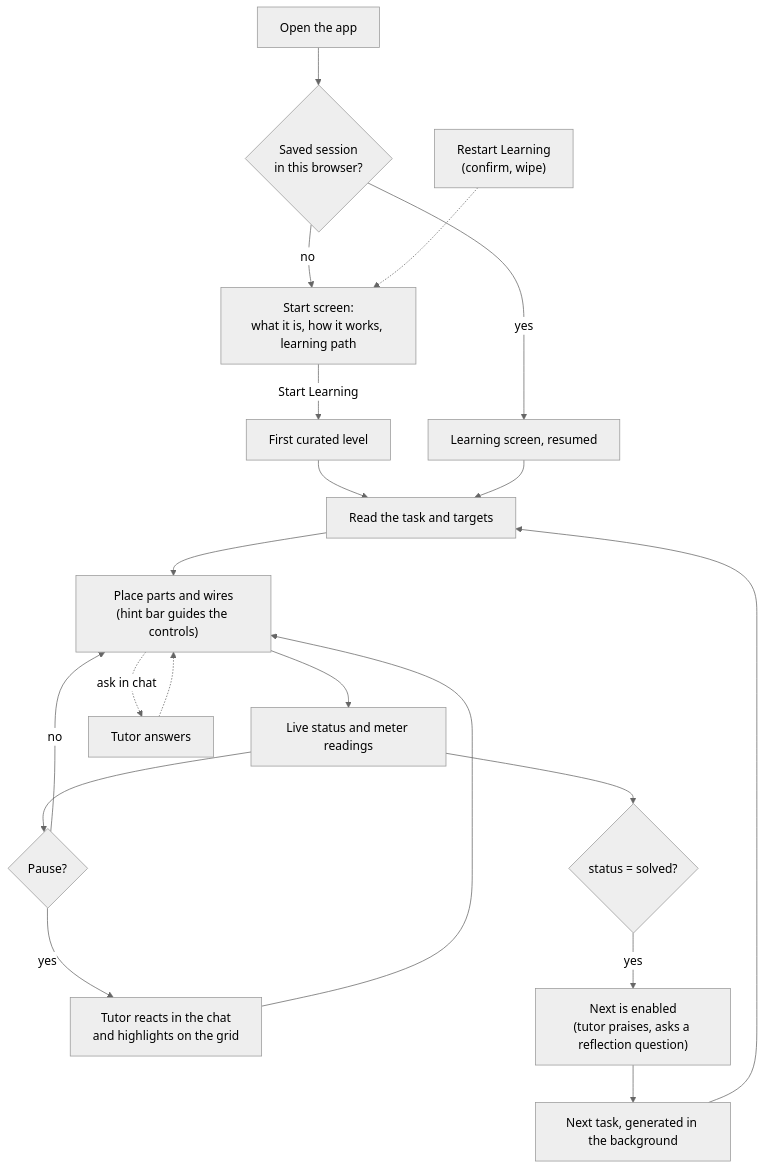
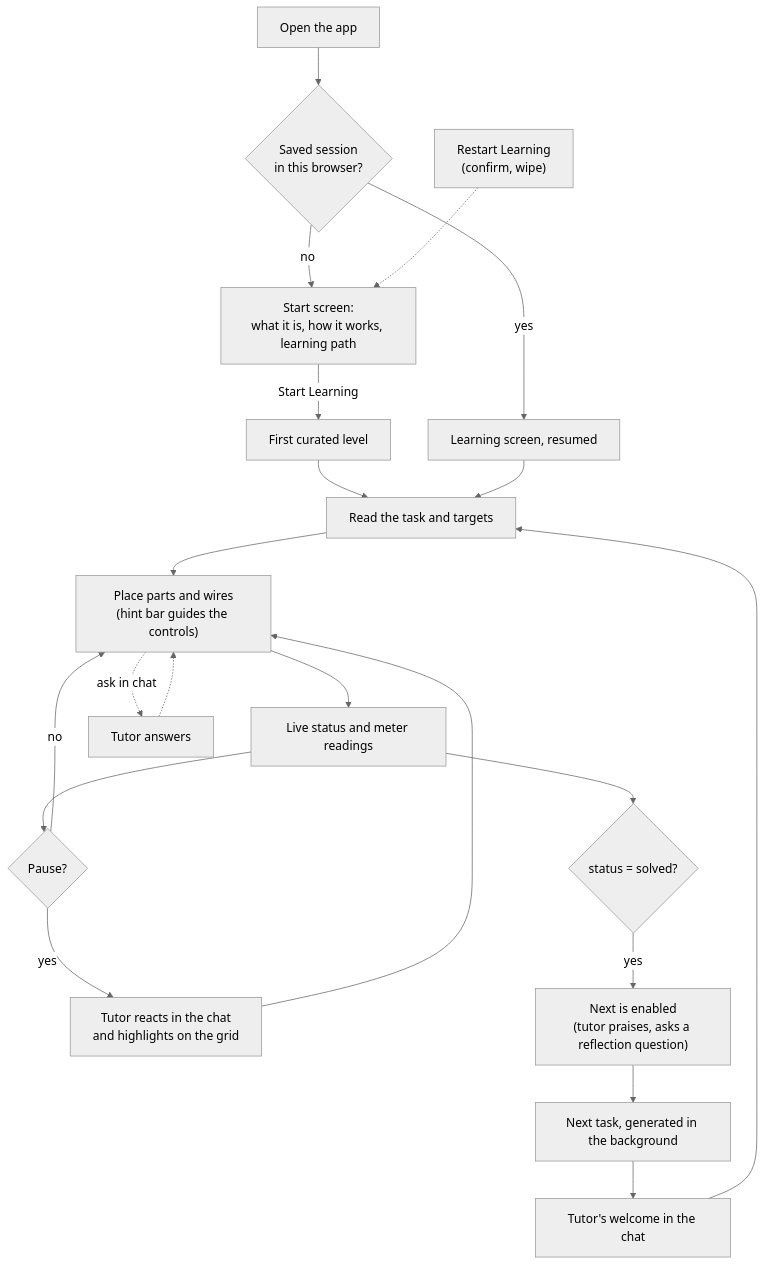
Before and after one commit to VOxFF/schematics-ai-tutor: the diagram in docs/gui.md, drawn with Mermaid (neutral theme). The commit also changed other lines of this file and 16 other files, not shown here.

````diff
--- a/docs/gui.md
+++ b/docs/gui.md
@@ -220,22 +220,23 @@
 ```mermaid
 flowchart TD
     O[Open the app] --> P{"Saved session<br/>in this browser?"}
     P -- no --> SS["Start screen:<br/>what it is, how it works, learning path"]
     SS -- "Start Learning" --> L1[First curated level]
     P -- yes --> R["Learning screen, resumed"]
     L1 --> B
     R --> B
     B["Read the task and targets"] --> E["Place parts and wires<br/>(hint bar guides the controls)"]
     E --> LV["Live status and meter readings"]
     LV --> PA{"Pause?"}
     PA -- yes --> TR["Tutor reacts in the chat<br/>and highlights on the grid"]
     TR --> E
     PA -- no --> E
     E -. "ask in chat" .-> TC[Tutor answers]
     TC -.-> E
     LV --> S{"status = solved?"}
     S -- yes --> N["Next is enabled<br/>(tutor praises, asks a reflection question)"]
     N --> G["Next task, generated in the background"]
-    G --> B
+    G --> WM["Tutor's welcome in the chat"]
+    WM --> B
     RL["Restart Learning<br/>(confirm, wipe)"] -.-> SS
 ```
````
